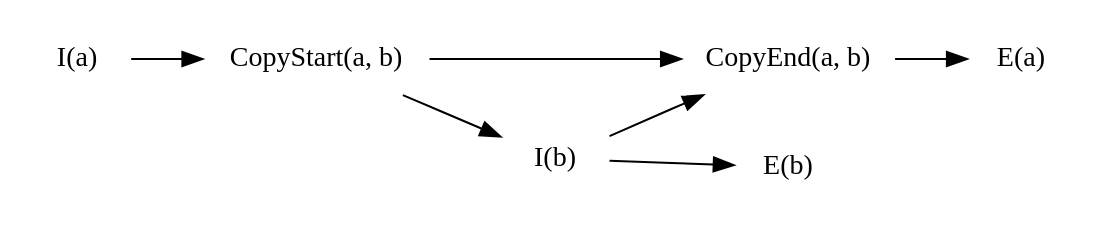
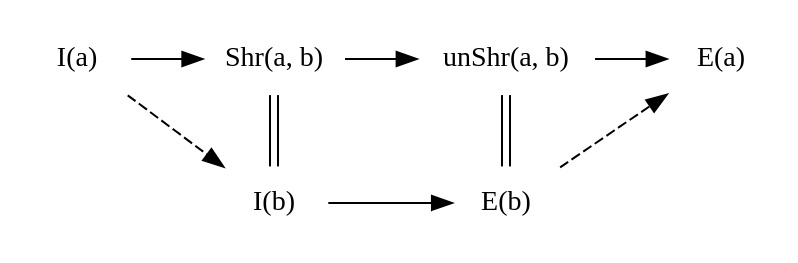
Before and after one commit to zetanumbers/book: the fifth of 6 diagrams in src/refining-rust-type-system.md, drawn with Graphviz. The commit also changed other lines of this file, not shown here.

````diff
--- a/src/refining-rust-type-system.md
+++ b/src/refining-rust-type-system.md
@@ -130,19 +135,20 @@
 ```dot process
 digraph G {
   rankdir="LR";
   node [shape="none",fontname="MathJax_Math"];
   ia [label="I(a)"];
+  sa [label="Shr(a, b)"]
+  usa [label="unShr(a, b)"]
   ea [label="E(a)"];
-  csab [label="CopyStart(a, b)"];
-  ceab [label="CopyEnd(a, b)"];
   _1 [style=invis];
   ib [label="I(b)"];
   eb [label="E(b)"];
-  csab -> ceab;
-  ia -> csab;
-  ceab -> ea;
-  csab -> ib -> ceab;
+  ia -> sa -> usa -> ea;
+  ia -> ib [constraint=false,style=dashed];
+  sa -> ib [constraint=false,minlen=2,dir=none,color="foreground:invis:foreground"];
   _1 -> ib [style=invis];
   ib -> eb;
+  eb -> usa [constraint=false,dir=none,color="foreground:invis:foreground"];
+  eb -> ea [constraint=false,style=dashed];
 }
 ```
````
